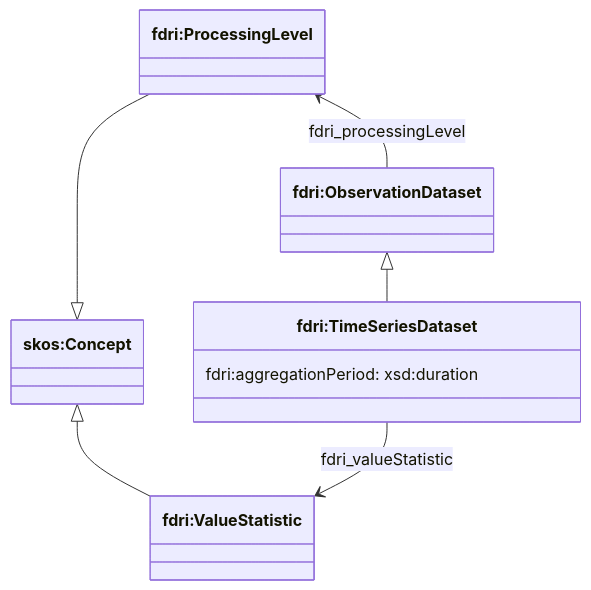
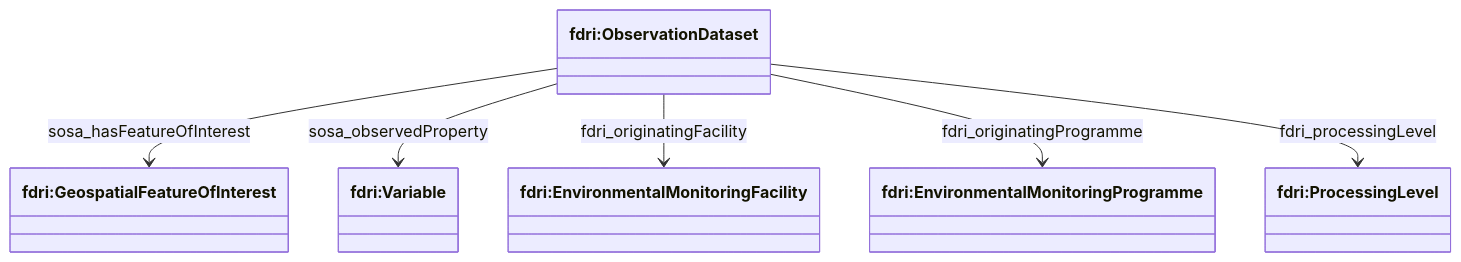
One commit to NERC-CEH/fdri-ontology changed the first of 3 diagrams in ontology/doc/time-series-dataset.md. Above: the diagram before and after it, drawn with Mermaid. The commit also changed other lines of this file, not shown here.

Commit message:
Update time series dataset document

````diff
--- a/ontology/doc/time-series-dataset.md
+++ b/ontology/doc/time-series-dataset.md
@@ -5,15 +5,14 @@
 ```mermaid
 classDiagram
-class TimeSeriesDataset["fdri:TimeSeriesDataset"] {
-  fdri:aggregationPeriod: xsd:duration
-}
-class ObservationDataset["fdri:ObservationDataset"] 
-class ValueStatistic["fdri:ValueStatistic"]
+class ObservationDataset["fdri:ObservationDataset"]
+class FoI["fdri:GeospatialFeatureOfInterest"]
+class EMF["fdri:EnvironmentalMonitoringFacility"]
+class EMP["fdri:EnvironmentalMonitoringProgramme"]
+class Variable["fdri:Variable"]
 class ProcessingLevel["fdri:ProcessingLevel"]
-class Concept["skos:Concept"]
-ProcessingLevel --|> Concept
-Concept <|-- ValueStatistic
-ObservationDataset <|-- TimeSeriesDataset
-TimeSeriesDataset --> ValueStatistic: fdri_valueStatistic
-ProcessingLevel <-- ObservationDataset: fdri_processingLevel
+ObservationDataset --> FoI: sosa_hasFeatureOfInterest
+ObservationDataset --> Variable: sosa_observedProperty
+ObservationDataset --> EMF: fdri_originatingFacility
+ObservationDataset --> EMP: fdri_originatingProgramme
+ObservationDataset --> ProcessingLevel: fdri_processingLevel
 ```
````
